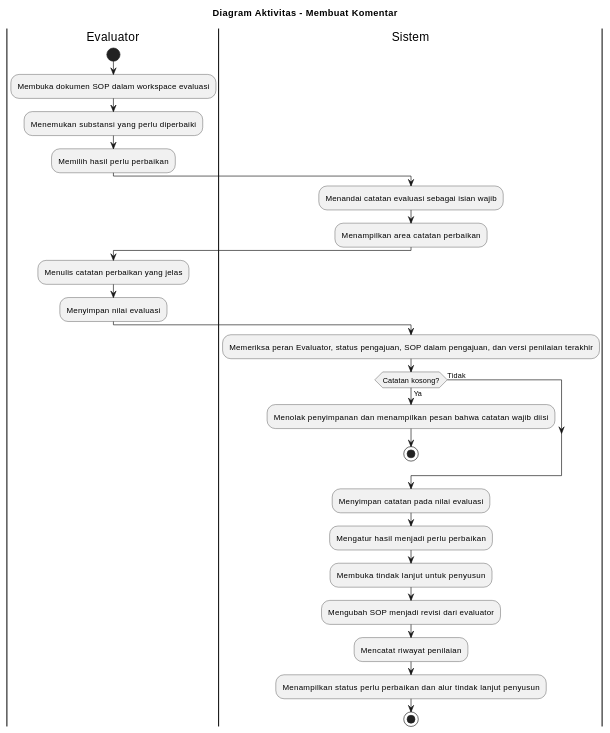
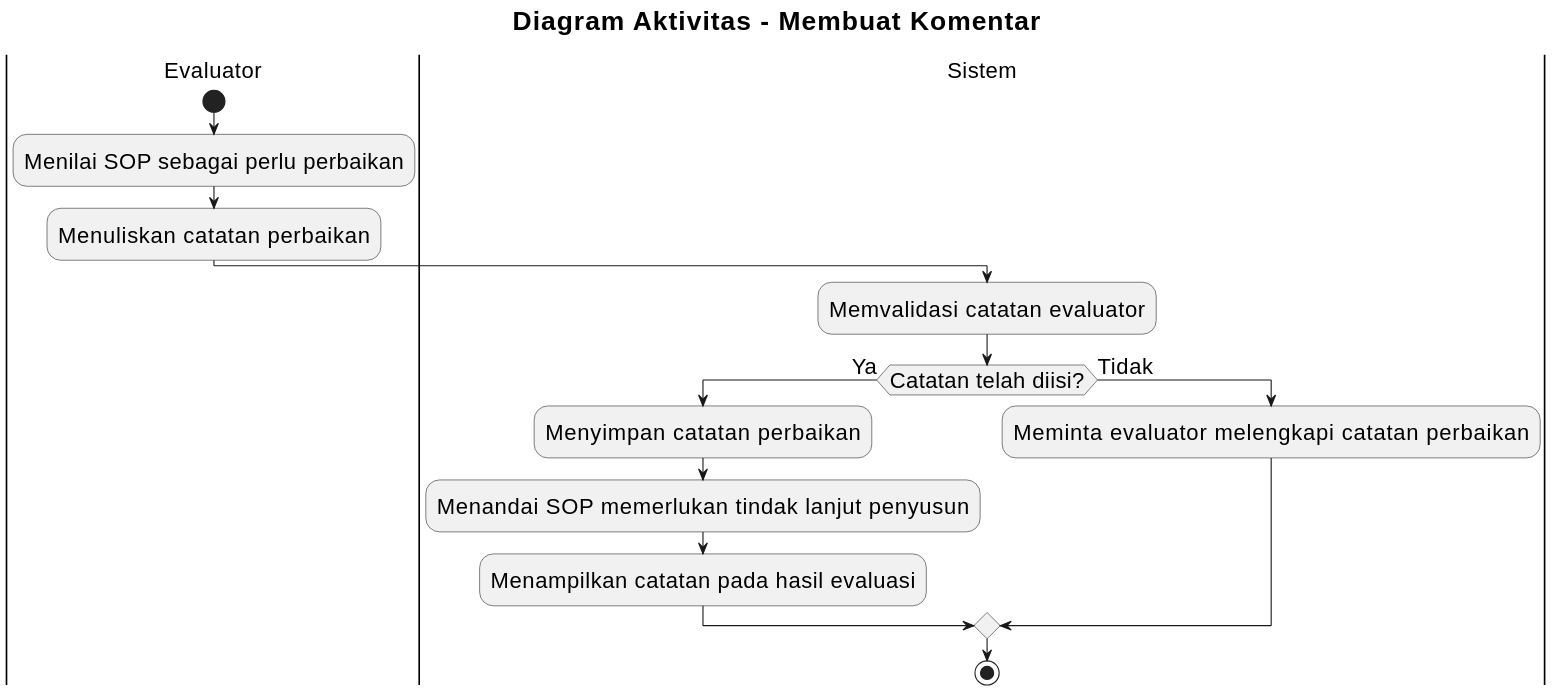
The diagram in docs/activity-diagram/lampiran/evaluator-membuat-komentar.md (howlil/sop-generate-app), drawn with PlantUML before and after one commit. The commit also changed other lines of this file and 20 other files, not shown here.

Commit message:
docs(activity): align all activity diagrams with use cases

````diff
--- a/docs/activity-diagram/lampiran/evaluator-membuat-komentar.md
+++ b/docs/activity-diagram/lampiran/evaluator-membuat-komentar.md
@@ -16,37 +16,28 @@
 ```plantuml
 @startuml
+skinparam defaultFontSize 20
+skinparam titleFontSize 24
+skinparam dpi 160
+
 title Diagram Aktivitas - Membuat Komentar
 
 |Evaluator|
 start
-:Membuka dokumen SOP dalam workspace evaluasi;
-:Menemukan substansi yang perlu diperbaiki;
-:Memilih hasil perlu perbaikan;
+:Menilai SOP sebagai perlu perbaikan;
+:Menuliskan catatan perbaikan;
 
 |Sistem|
-:Menandai catatan evaluasi sebagai isian wajib;
-:Menampilkan area catatan perbaikan;
+:Memvalidasi catatan evaluator;
 
-|Evaluator|
-:Menulis catatan perbaikan yang jelas;
-:Menyimpan nilai evaluasi;
-
-|Sistem|
-:Memeriksa peran Evaluator, status pengajuan, SOP dalam pengajuan, dan versi penilaian terakhir;
-
-if (Catatan kosong?) then (Ya)
-  :Menolak penyimpanan dan menampilkan pesan bahwa catatan wajib diisi;
-  stop
+if (Catatan telah diisi?) then (Ya)
+  :Menyimpan catatan perbaikan;
+  :Menandai SOP memerlukan tindak lanjut penyusun;
+  :Menampilkan catatan pada hasil evaluasi;
 else (Tidak)
+  :Meminta evaluator melengkapi catatan perbaikan;
 endif
 
-:Menyimpan catatan pada nilai evaluasi;
-:Mengatur hasil menjadi perlu perbaikan;
-:Membuka tindak lanjut untuk penyusun;
-:Mengubah SOP menjadi revisi dari evaluator;
-:Mencatat riwayat penilaian;
-:Menampilkan status perlu perbaikan dan alur tindak lanjut penyusun;
+stop
 
-stop
 @enduml
 ```
````
